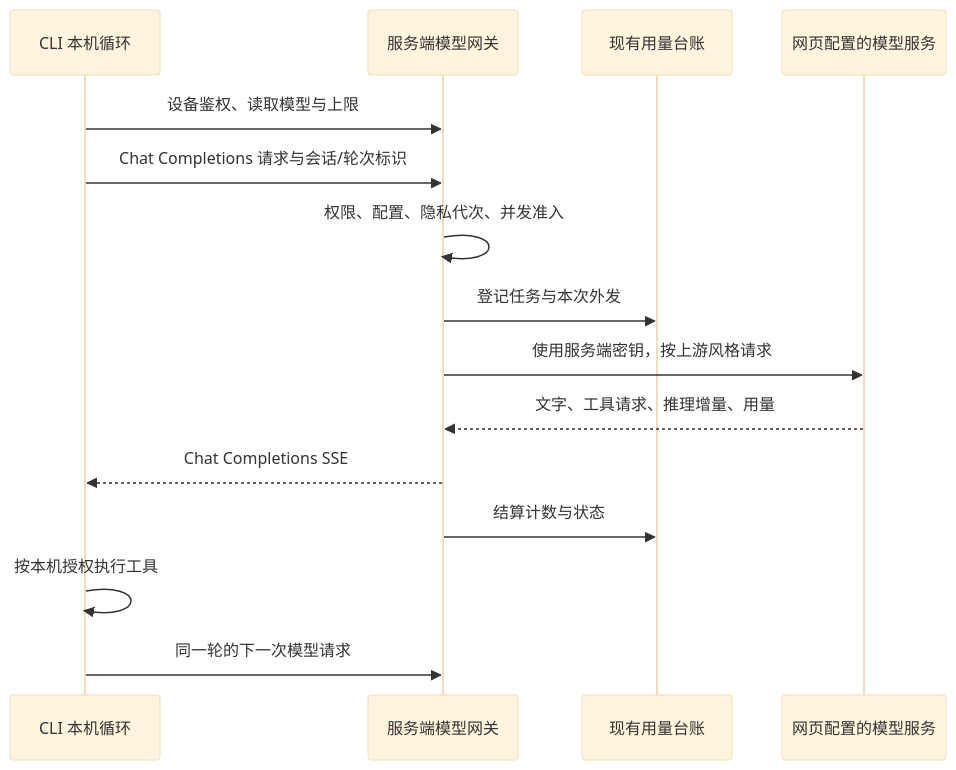
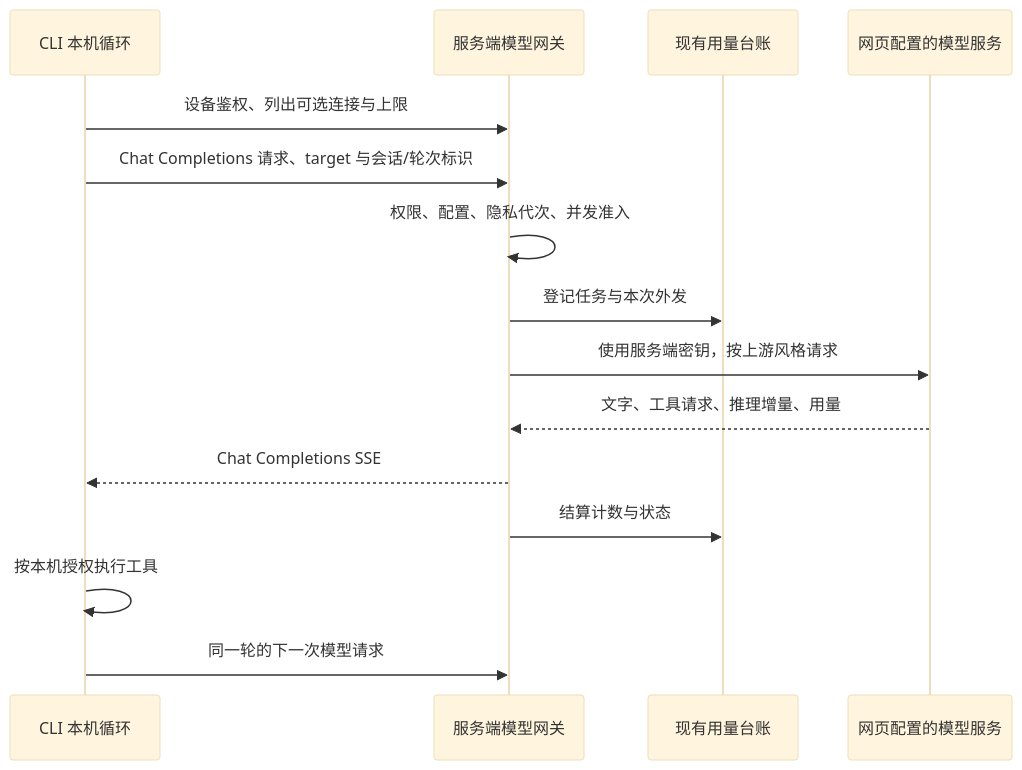
One commit to ErzerLP/edu-agent changed the diagram in docs/design/cli-model-gateway.md. Above: the diagram before and after it, drawn with Mermaid (base theme). The commit also changed other lines of this file and 2 other files, not shown here.

````diff
--- a/docs/design/cli-model-gateway.md
+++ b/docs/design/cli-model-gateway.md
@@ -27,17 +27,17 @@
 ```mermaid
 sequenceDiagram
     participant C as CLI 本机循环
     participant G as 服务端模型网关
     participant U as 现有用量台账
     participant M as 网页配置的模型服务
-    C->>G: 设备鉴权、读取模型与上限
-    C->>G: Chat Completions 请求与会话/轮次标识
+    C->>G: 设备鉴权、列出可选连接与上限
+    C->>G: Chat Completions 请求、target 与会话/轮次标识
     G->>G: 权限、配置、隐私代次、并发准入
     G->>U: 登记任务与本次外发
     G->>M: 使用服务端密钥，按上游风格请求
     M-->>G: 文字、工具请求、推理增量、用量
     G-->>C: Chat Completions SSE
     G->>U: 结算计数与状态
     C->>C: 按本机授权执行工具
     C->>G: 同一轮的下一次模型请求
 ```
````
